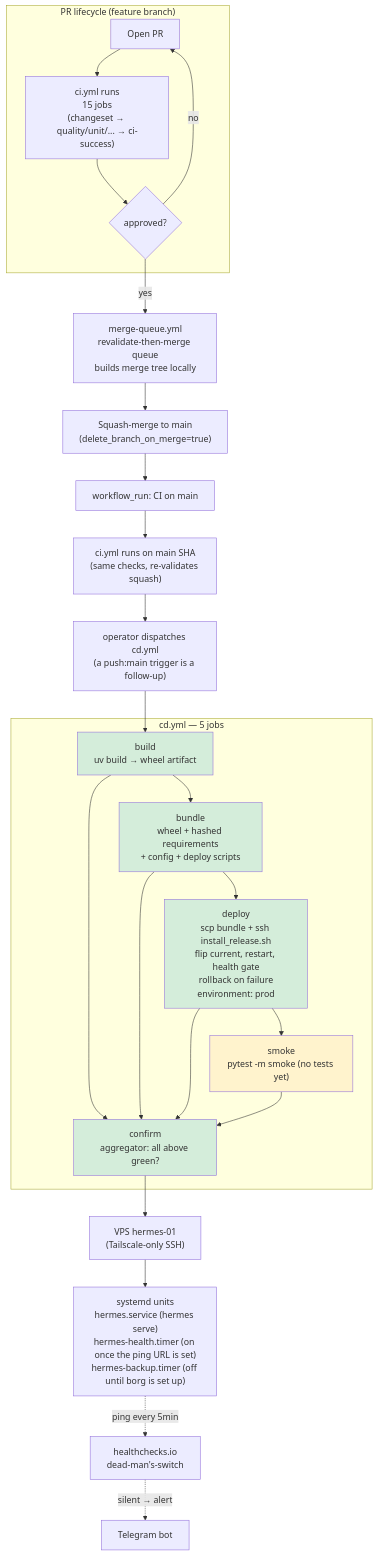
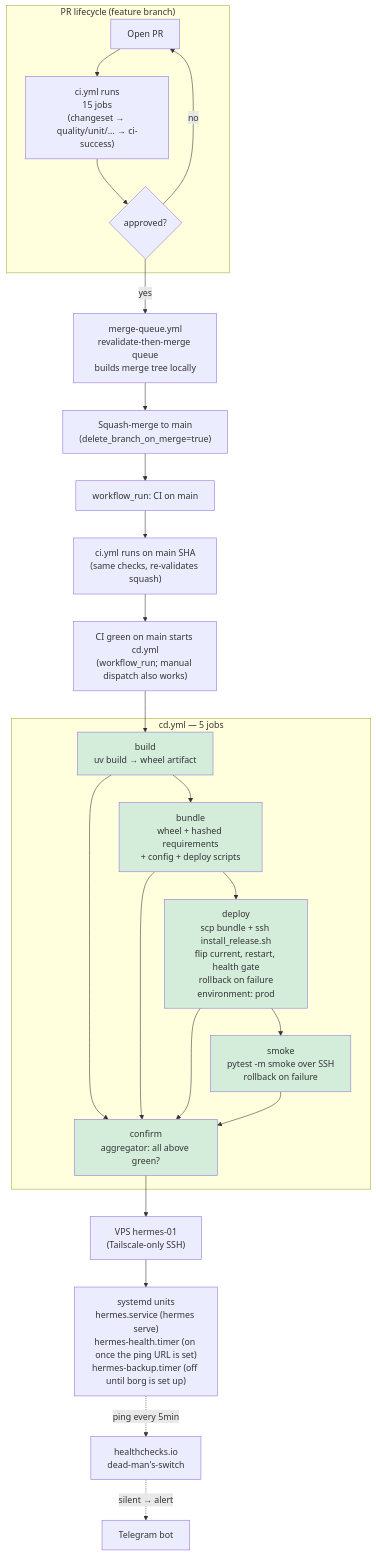
One commit to ricardoafo/hermes changed the diagram in deploy/README.md. Above: the diagram before and after it, drawn with Mermaid. The commit also changed other lines of this file and 2 other files, not shown here.

First line of the commit message:
docs(guides): add an operator usage guide for day-to-day use

````diff
--- a/deploy/README.md
+++ b/deploy/README.md
@@ -17,43 +17,43 @@
 ```mermaid
 flowchart TB
     subgraph PR["PR lifecycle (feature branch)"]
         P[Open PR]
         P --> CI["ci.yml runs<br/>15 jobs<br/>(changeset → quality/unit/... → ci-success)"]
         CI --> A{approved?}
         A -- no --> P
     end
 
     A -- yes --> Q["merge-queue.yml<br/>revalidate-then-merge queue<br/>builds merge tree locally"]
     Q --> M["Squash-merge to main<br/>(delete_branch_on_merge=true)"]
 
     M --> WR["workflow_run: CI on main"]
     WR --> CIMAIN["ci.yml runs on main SHA<br/>(same checks, re-validates squash)"]
-    CIMAIN --> PMAIN["operator dispatches cd.yml<br/>(a push:main trigger is a follow-up)"]
+    CIMAIN --> PMAIN["CI green on main starts cd.yml<br/>(workflow_run; manual dispatch also works)"]
 
     subgraph CD["cd.yml — 5 jobs"]
         B["build<br/>uv build → wheel artifact"]
         K["bundle<br/>wheel + hashed requirements<br/>+ config + deploy scripts"]
         D["deploy<br/>scp bundle + ssh install_release.sh<br/>flip current, restart, health gate<br/>rollback on failure<br/>environment: prod"]
-        S["smoke<br/>pytest -m smoke (no tests yet)"]
+        S["smoke<br/>pytest -m smoke over SSH<br/>rollback on failure"]
         C["confirm<br/>aggregator: all above green?"]
         B --> K --> D --> S
         B --> C
         K --> C
         D --> C
         S --> C
     end
 
     PMAIN --> B
 
     C --> VPS["VPS hermes-01<br/>(Tailscale-only SSH)"]
     VPS --> SD["systemd units<br/>hermes.service (hermes serve)<br/>hermes-health.timer (on once the ping URL is set)<br/>hermes-backup.timer (off until borg is set up)"]
 
     SD -.->|ping every 5min| HC["healthchecks.io<br/>dead-man's-switch"]
     HC -.->|silent → alert| TG["Telegram bot"]
 
-    style S fill:#fff3cd
+    style S fill:#d4edda
     style B fill:#d4edda
     style K fill:#d4edda
     style D fill:#d4edda
     style C fill:#d4edda
 ```
````
